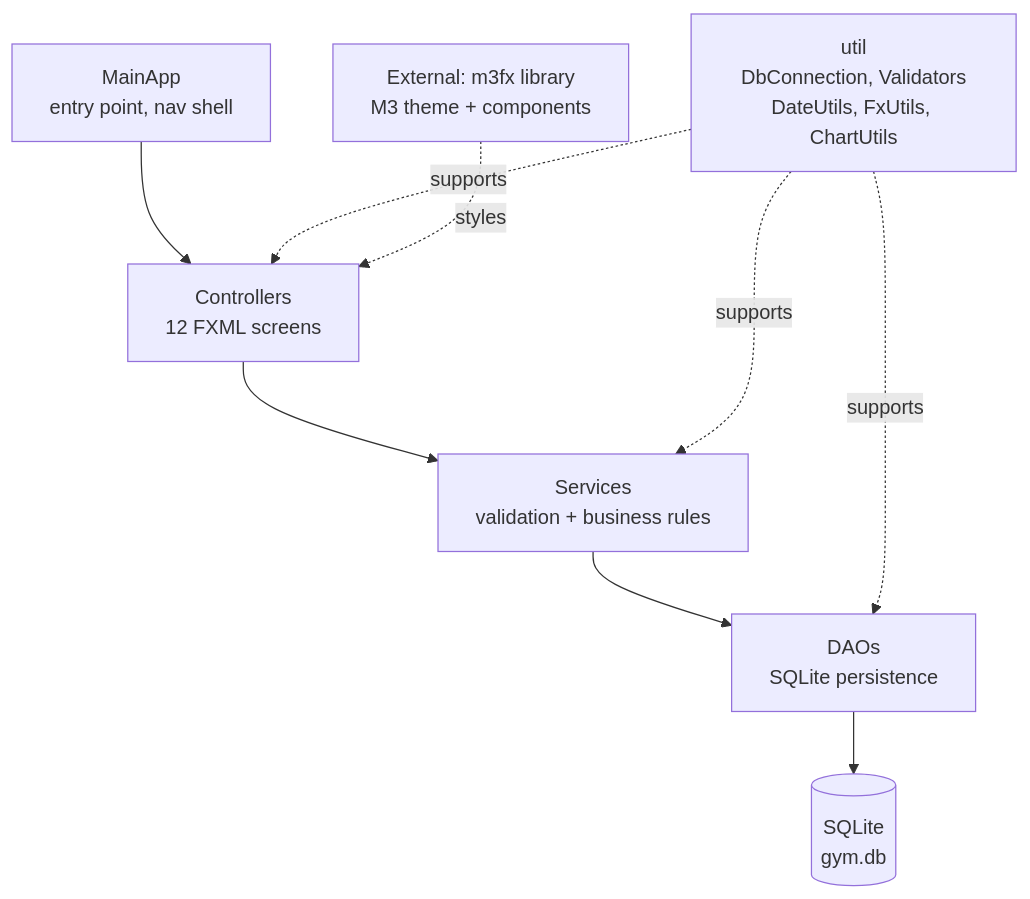
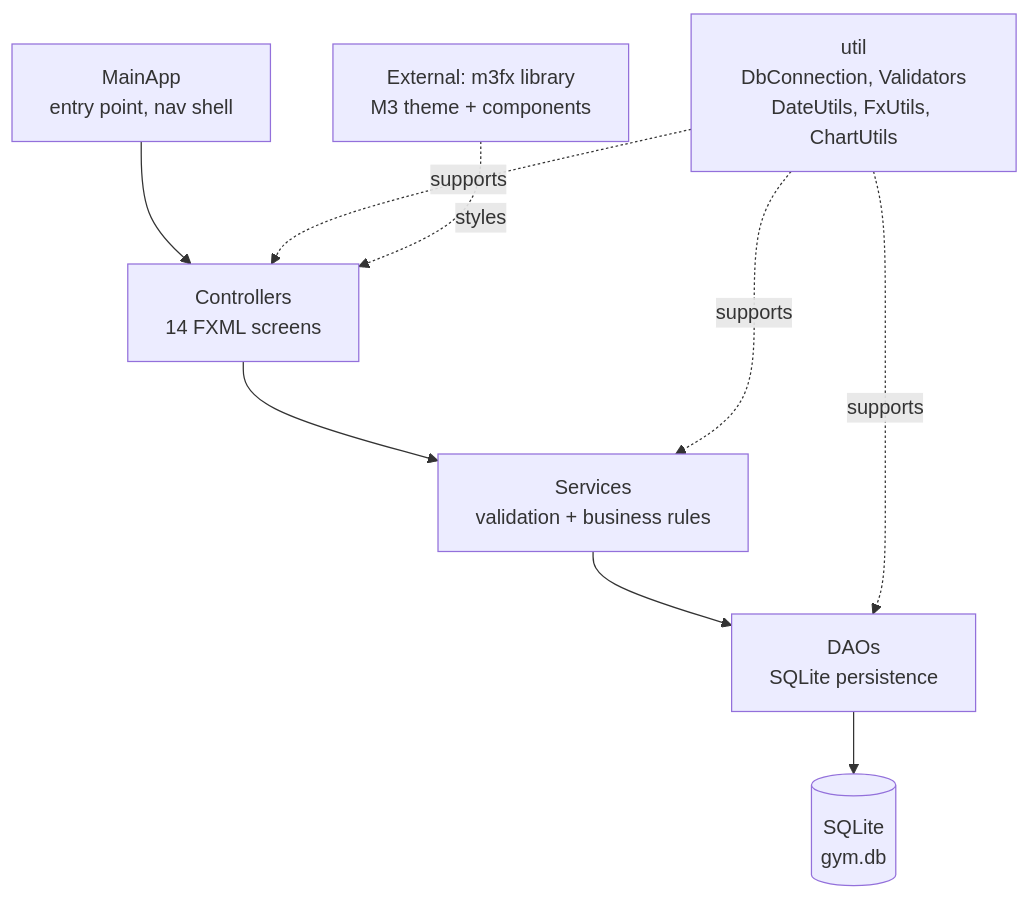
Before and after one commit to Agono0/gym-management-system: the second of 6 diagrams in docs/UML.md, drawn with Mermaid. The commit also changed other lines of this file and 1 other file, not shown here.

First line of the commit message:
docs: reservation lifecycle, full CRUD methods, shared enumerations in UML

````diff
--- a/docs/UML.md
+++ b/docs/UML.md
@@ -264,11 +649,11 @@
 ```mermaid
 flowchart TD
-    APP[MainApp<br/>entry point, nav shell] --> CTRL[Controllers<br/>12 FXML screens]
+    APP[MainApp<br/>entry point, nav shell] --> CTRL[Controllers<br/>14 FXML screens]
     CTRL --> SRV[Services<br/>validation + business rules]
     SRV --> DAO[DAOs<br/>SQLite persistence]
     DAO --> DB[(SQLite<br/>gym.db)]
     UTIL[util<br/>DbConnection, Validators<br/>DateUtils, FxUtils, ChartUtils] -. supports .-> SRV
     UTIL -. supports .-> CTRL
     UTIL -. supports .-> DAO
     M3FX[External: m3fx library<br/>M3 theme + components] -. styles .-> CTRL
 ```
````
